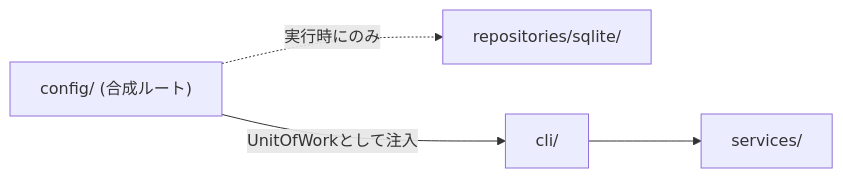
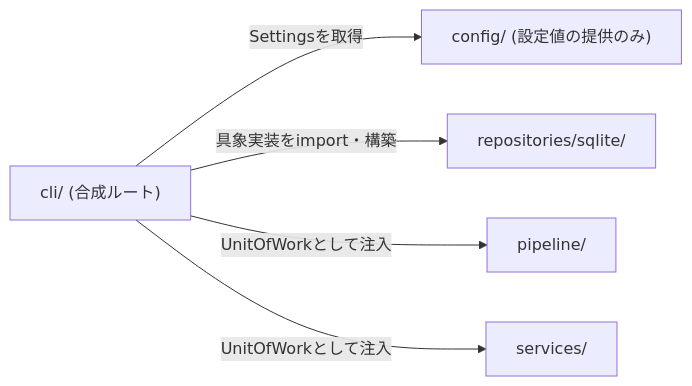
Before and after one commit to yastdKHS/MOD_Personnel_DB: the second of 2 diagrams in docs/api/dependency-rule.md, drawn with Mermaid. The commit also changed other lines of this file and 2 other files, not shown here.

First line of the commit message:
docs: Package Import Graphを作成し循環参照バグを検出・修正

````diff
--- a/docs/api/dependency-rule.md
+++ b/docs/api/dependency-rule.md
@@ -175,6 +177,7 @@
 ```mermaid
 flowchart LR
-    config["config/ (合成ルート)"] -.実行時にのみ.-> repositories_sqlite["repositories/sqlite/"]
-    config -->|UnitOfWorkとして注入| cli["cli/"]
-    cli --> services["services/"]
+    cli["cli/ (合成ルート)"] -->|Settingsを取得| config["config/ (設定値の提供のみ)"]
+    cli -->|具象実装をimport・構築| repositories_sqlite["repositories/sqlite/"]
+    cli -->|UnitOfWorkとして注入| pipeline["pipeline/"]
+    cli -->|UnitOfWorkとして注入| services["services/"]
 ```
````
